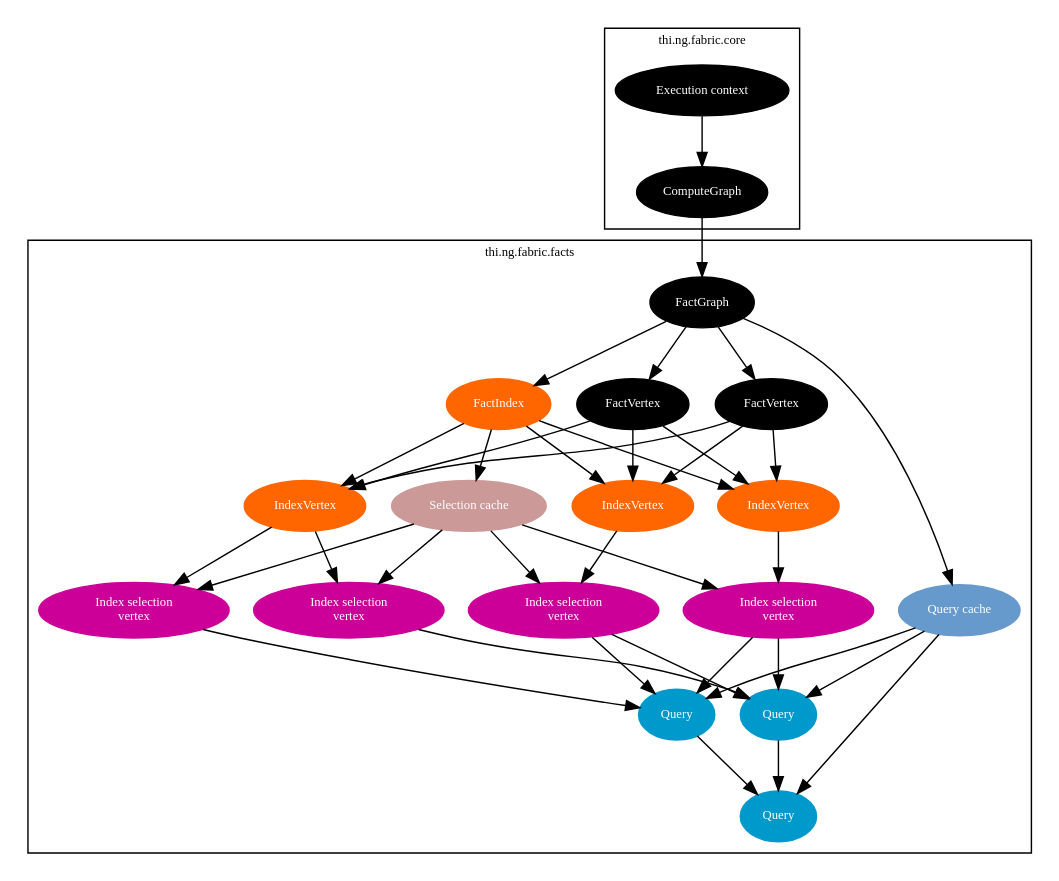
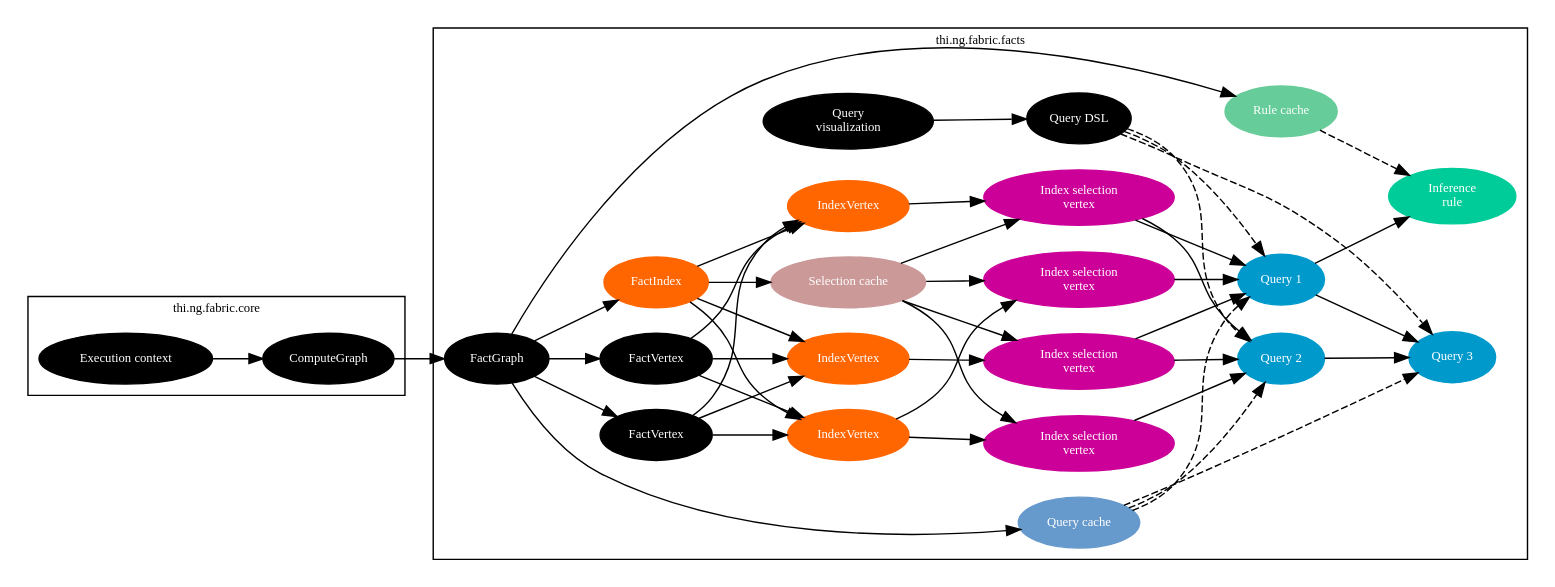
The first of 2 diagrams in fabric-facts/src/core.org (thi-ng/fabric), drawn with Graphviz before and after one commit. The commit also changed 2 other files, not shown here.

Commit message:
[facts] update overview diagram

```diff
--- a/fabric-facts/src/core.org
+++ b/fabric-facts/src/core.org
@@ -49,61 +49,77 @@
-#+BEGIN_SRC dot :tangle ../../assets/facts-overview.dot :exports none
+#+BEGIN_SRC dot :tangle ../../assets/facts-overview.dot :exports none :padline no
 digraph g {
   node[color="black",style="filled",fontname="Inconsolata",fontcolor="white",fontsize=9];
   edge[fontname="Inconsolata",fontsize=9];
   fontname="Inconsolata";
   fontsize=9;
   compound=true;
-
+  rankdir=LR;
+  
   subgraph cluster0 {
     label="thi.ng.fabric.core";
     ctx[label="Execution context"];
     ctx -> ComputeGraph;
   }
 
   subgraph cluster1 {
     label="thi.ng.fabric.facts";
 
     f1[label="FactVertex"];
     f2[label="FactVertex"];
 
     FactIndex[color="#ff6600"];
     iv1[label="IndexVertex", color="#ff6600"];
     iv2[label="IndexVertex", color="#ff6600"];
     iv3[label="IndexVertex", color="#ff6600"];
 
     isel1[label="Index selection\nvertex", color="#cc0099"];
     isel2[label="Index selection\nvertex", color="#cc0099"];
     isel3[label="Index selection\nvertex", color="#cc0099"];
     isel4[label="Index selection\nvertex", color="#cc0099"];
 
-    q1[label="Query", color="#0099cc"];
-    q2[label="Query", color="#0099cc"];
-    q3[label="Query", color="#0099cc"];
+    q1[label="Query 1", color="#0099cc"];
+    q2[label="Query 2", color="#0099cc"];
+    q3[label="Query 3", color="#0099cc"];
 
     qcache[label="Query cache", color="#6699cc"];
-    selcache[label="Selection cache", color="#cc9999"];
+    rcache[label="Rule cache", color="#66cc99"];
+    scache[label="Selection cache", color="#cc9999"];
 
     ComputeGraph -> FactGraph -> f1; FactGraph -> f2;
     f1 -> iv1; f1 -> iv2; f1 -> iv3;
     f2 -> iv1; f2 -> iv2; f2 -> iv3;
 
-    FactGraph -> FactIndex -> selcache;
+    FactGraph -> FactIndex -> scache;
     FactGraph -> qcache;
+    FactGraph -> rcache;
 
     FactIndex -> iv1 -> isel1;
     FactIndex -> iv2 -> isel2;
     FactIndex -> iv3 -> isel3;
     iv3 -> isel4;
 
     isel1 -> q1 -> q3;
     isel2 -> q1;
     isel3 -> q1;
     isel1 -> q2 -> q3;
     isel2 -> q2;
     isel4 -> q2;
 
-    selcache -> isel1; selcache -> isel2; selcache -> isel3; selcache -> isel4;
-    qcache -> q1; qcache -> q2; qcache -> q3;
+    rule[label="Inference\nrule", color="#00cc99"];
+    q1 -> rule;
+    rcache -> rule[style="dashed"];
+    
+    scache -> isel1; scache -> isel2; scache -> isel3; scache -> isel4;
+    qcache -> q1[style="dashed"]; qcache -> q2[style="dashed"]; qcache -> q3[style="dashed"];
+
+    dsl[label="Query DSL"];
+    dsl -> q1[style="dashed"];
+    dsl -> q2[style="dashed"];
+    dsl -> q3[style="dashed"];
+
+    qviz[label="Query\nvisualization"];
+    qviz -> dsl;
+    
   }
 }
 #+END_SRC
```
